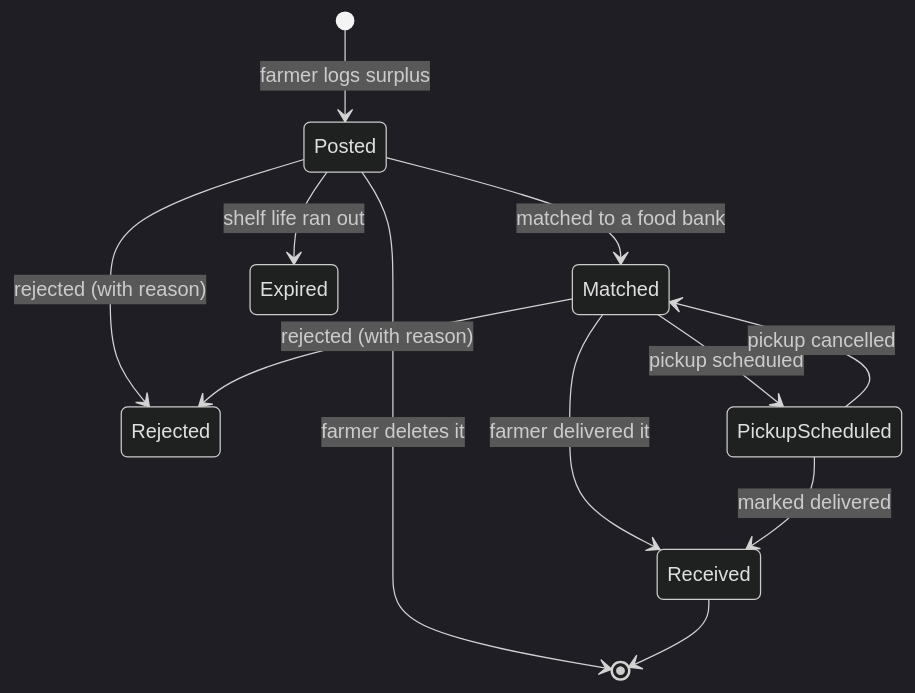
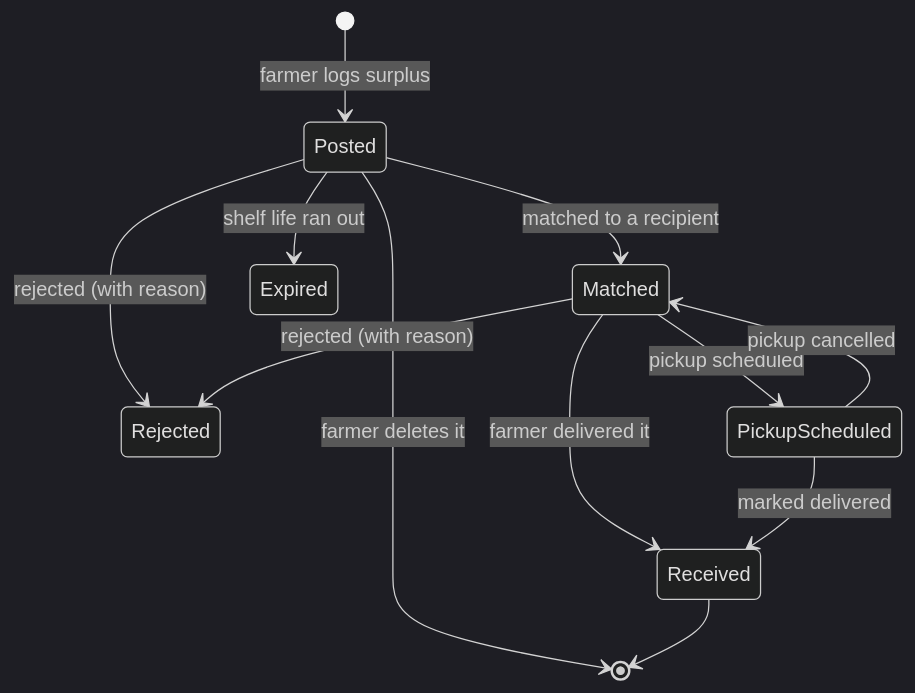
The third of 6 diagrams in README.md (ritztan/Siloo), drawn with Mermaid (dark theme) before and after one commit. The commit also changed other lines of this file and 20 other files, not shown here.

````diff
--- a/README.md
+++ b/README.md
@@ -132,14 +131,14 @@
 ```mermaid
 stateDiagram-v2
     [*] --> Posted: farmer logs surplus
-    Posted --> Matched: matched to a food bank
+    Posted --> Matched: matched to a recipient
     Posted --> Rejected: rejected (with reason)
     Posted --> Expired: shelf life ran out
     Posted --> [*]: farmer deletes it
     Matched --> PickupScheduled: pickup scheduled
     Matched --> Received: farmer delivered it
     Matched --> Rejected: rejected (with reason)
     PickupScheduled --> Matched: pickup cancelled
     PickupScheduled --> Received: marked delivered
     Received --> [*]
 ```
````
